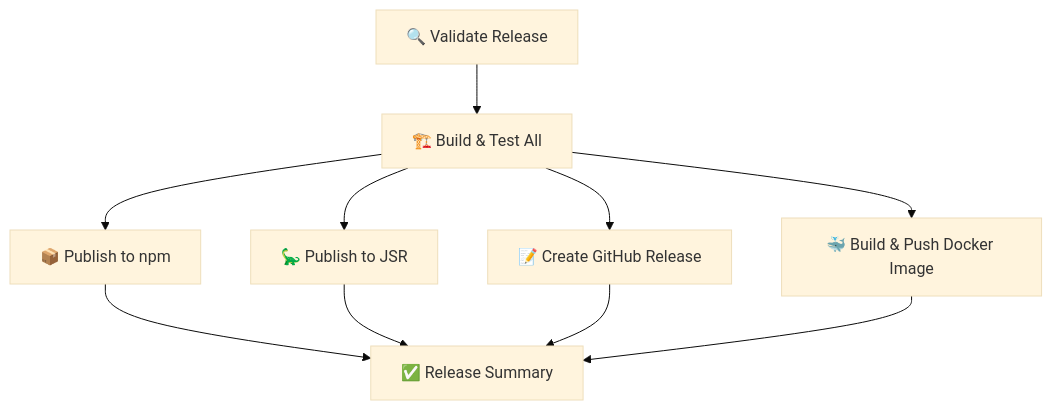
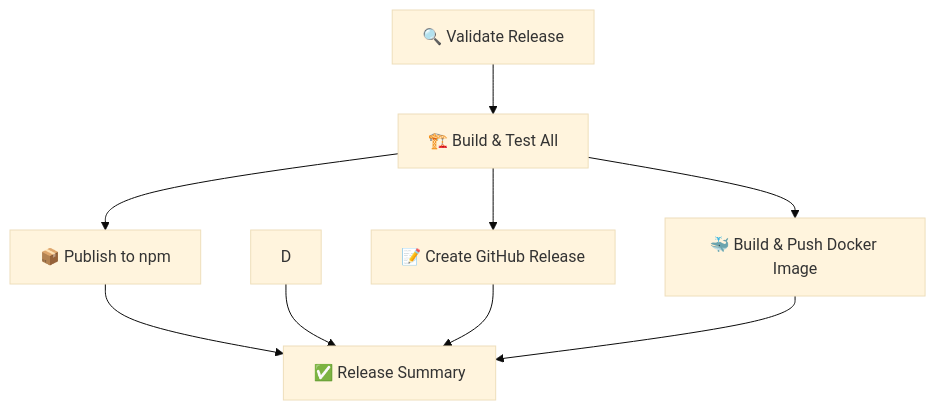
Before and after one commit to Higashi-Kota/rust-wasm-lib-first-lesson: the diagram in docs/MANUAL_RELEASE.md, drawn with Mermaid (base theme). The commit also changed other lines of this file and 12 other files, not shown here.

Commit message:
Omit jsr publish job

````diff
--- a/docs/MANUAL_RELEASE.md
+++ b/docs/MANUAL_RELEASE.md
@@ -81,12 +78,11 @@
 ```mermaid
 graph TD
     A[🔍 Validate Release] --> B[🏗️ Build & Test All]
     B --> C[📦 Publish to npm]
-    B --> D[🦕 Publish to JSR]
     B --> E[📝 Create GitHub Release]
     B --> F[🐳 Build & Push Docker Image]
     C --> G[✅ Release Summary]
     D --> G
     E --> G
     F --> G
 ```
````
